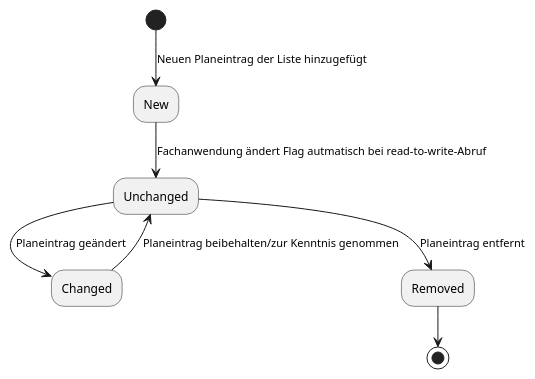
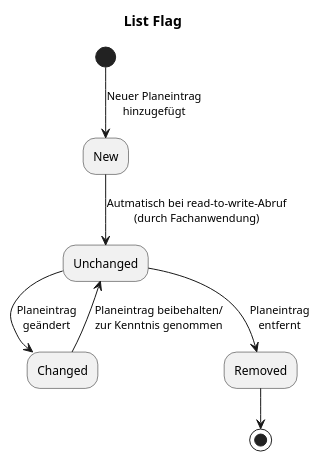
One commit to HL7Austria/ELGA-e-Medikation-R4 changed the diagram in input/images-source/stateDiagram_list_flag.plantuml. Above: the diagram before and after it, drawn with PlantUML. The commit also changed 2 other files, not shown here.

Commit message:
Update state diagrams

```diff
--- a/input/images-source/stateDiagram_list_flag.plantuml
+++ b/input/images-source/stateDiagram_list_flag.plantuml
@@ -1,8 +1,10 @@
 @startuml
-(*) -d-> [Neuen Planeintrag der Liste hinzugefügt] New
-New --> [Fachanwendung ändert Flag autmatisch bei read-to-write-Abruf] Unchanged
-Changed --> [Planeintrag beibehalten/zur Kenntnis genommen] Unchanged
-Unchanged --> [Planeintrag geändert] Changed
-Unchanged -d-> [Planeintrag entfernt] Removed
+title List Flag
+
+(*) -d-> [Neuer Planeintrag\nhinzugefügt] New
+New --> [Autmatisch bei read-to-write-Abruf\n(durch Fachanwendung)] Unchanged
+Changed --> [Planeintrag beibehalten/\nzur Kenntnis genommen] Unchanged
+Unchanged --> [Planeintrag\ngeändert] Changed
+Unchanged -d-> [Planeintrag\nentfernt] Removed
 Removed  -d-> (*)
 @enduml
```
